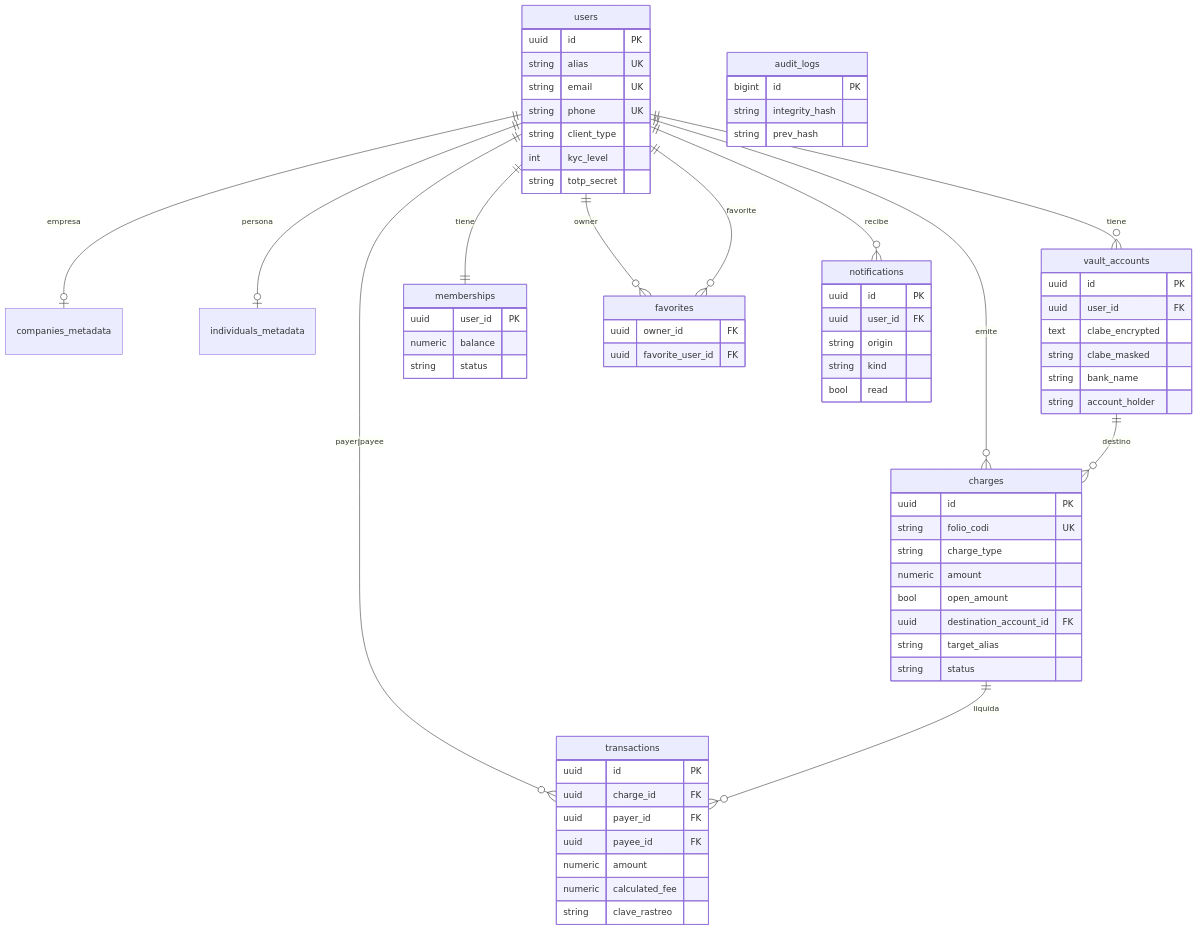
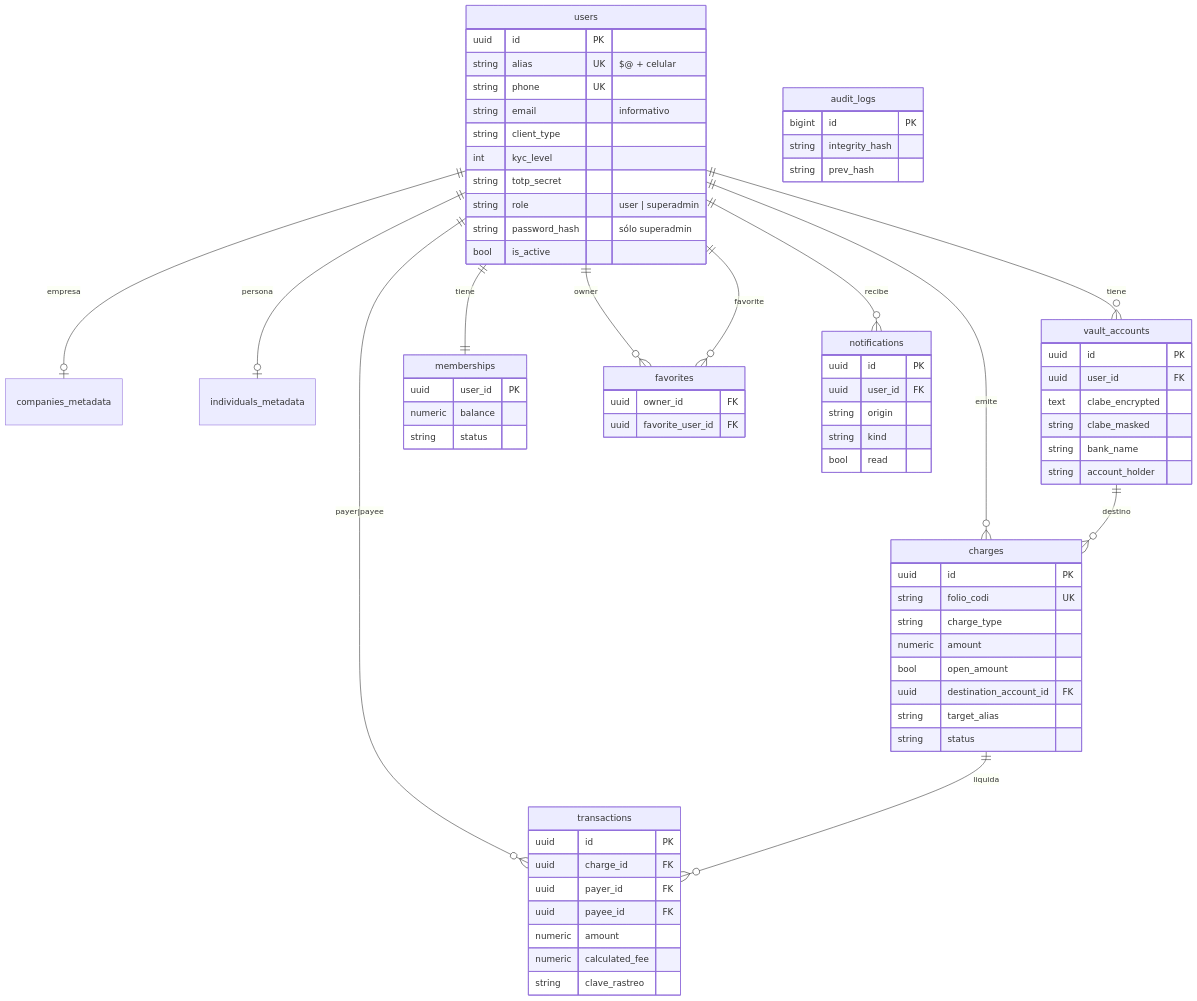
The sixth of 15 diagrams in docs/DOCUMENTACION-SISTEMA-COMPLETA.md (Spotynet/superclabe), drawn with Mermaid before and after one commit. The commit also changed other lines of this file and 31 other files, not shown here.

````diff
--- a/docs/DOCUMENTACION-SISTEMA-COMPLETA.md
+++ b/docs/DOCUMENTACION-SISTEMA-COMPLETA.md
@@ -375,72 +391,75 @@
 ```mermaid
 erDiagram
   users ||--o| companies_metadata : "empresa"
   users ||--o| individuals_metadata : "persona"
   users ||--o{ vault_accounts : tiene
   users ||--|| memberships : tiene
   users ||--o{ charges : emite
   users ||--o{ favorites : "owner"
   users ||--o{ favorites : "favorite"
   users ||--o{ transactions : "payer|payee"
   users ||--o{ notifications : recibe
   vault_accounts ||--o{ charges : destino
   charges ||--o{ transactions : liquida
 
   users {
     uuid id PK
-    string alias UK
-    string email UK
+    string alias UK "$@ + celular"
     string phone UK
+    string email "informativo"
     string client_type
     int kyc_level
     string totp_secret
+    string role "user | superadmin"
+    string password_hash "sólo superadmin"
+    bool is_active
   }
   vault_accounts {
     uuid id PK
     uuid user_id FK
     text clabe_encrypted
     string clabe_masked
     string bank_name
     string account_holder
   }
   memberships {
     uuid user_id PK
     numeric balance
     string status
   }
   charges {
     uuid id PK
     string folio_codi UK
     string charge_type
     numeric amount
     bool open_amount
     uuid destination_account_id FK
     string target_alias
     string status
   }
   transactions {
     uuid id PK
     uuid charge_id FK
     uuid payer_id FK
     uuid payee_id FK
     numeric amount
     numeric calculated_fee
     string clave_rastreo
   }
   favorites {
     uuid owner_id FK
     uuid favorite_user_id FK
   }
   audit_logs {
     bigint id PK
     string integrity_hash
     string prev_hash
   }
   notifications {
     uuid id PK
     uuid user_id FK
     string origin
     string kind
     bool read
   }
 ```
````
